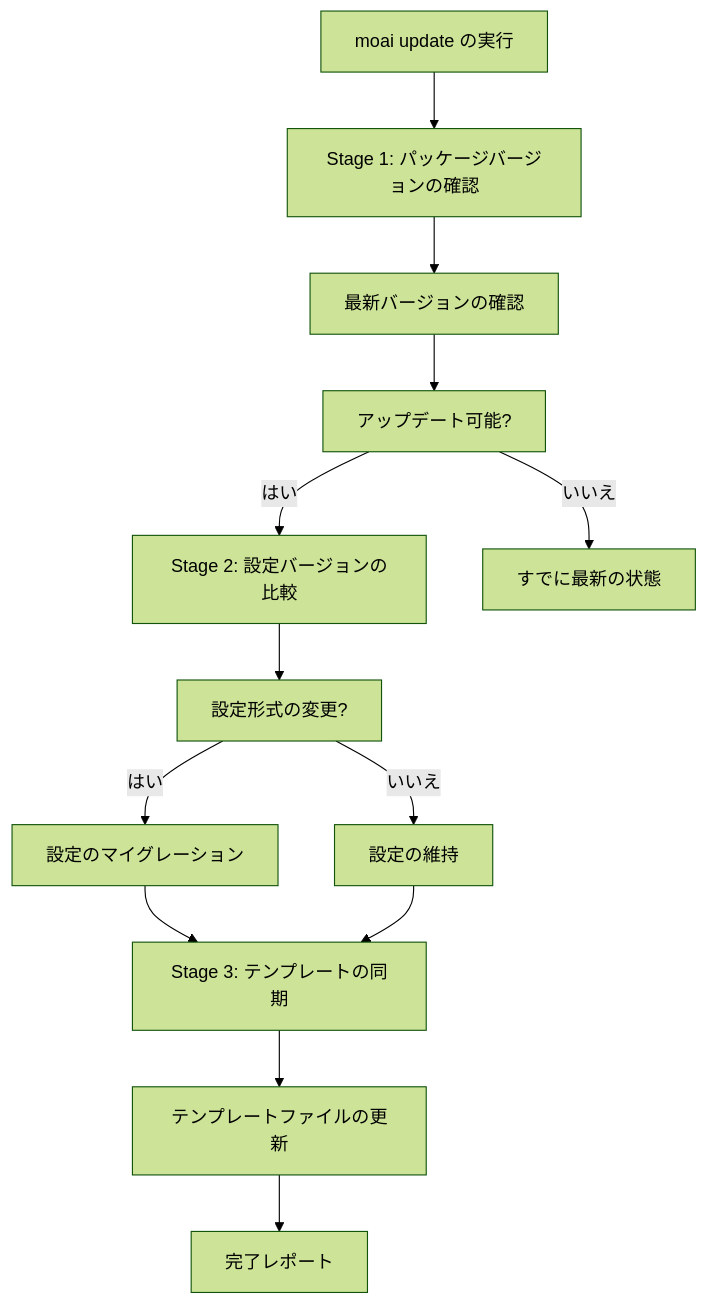
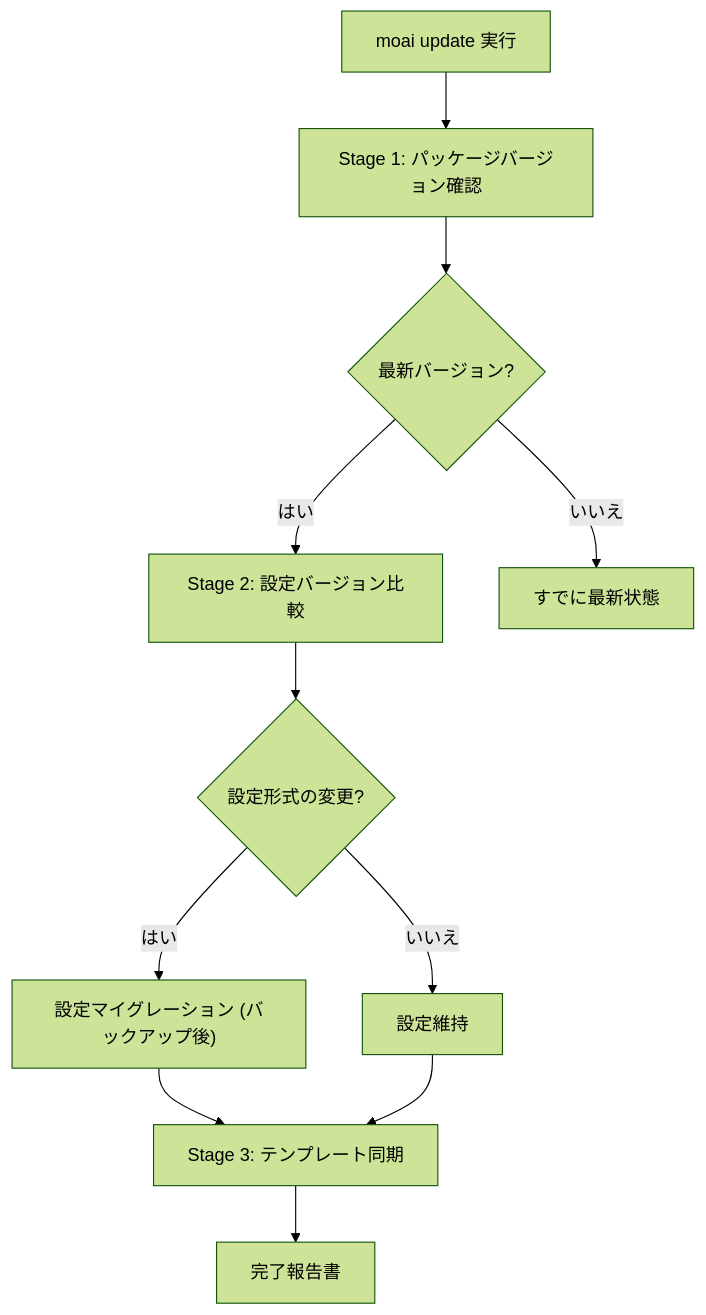
Before and after one commit to modu-ai/moai-adk: the first of 2 diagrams in docs-site/content/ja/getting-started/update.md, drawn with Mermaid (forest theme). The commit also changed other lines of this file and 180 other files, not shown here.

````diff
--- a/docs-site/content/ja/getting-started/update.md
+++ b/docs-site/content/ja/getting-started/update.md
@@ -21,19 +19,13 @@
 ```mermaid
 flowchart TD
-    A[moai update の実行] --> B[Stage 1: パッケージバージョンの確認]
-    B --> C[最新バージョンの確認]
-    C --> D[アップデート可能?]
-
-    D -->|はい| E[Stage 2: 設定バージョンの比較]
-    D -->|いいえ| F[すでに最新の状態]
-
-    E --> G[設定形式の変更?]
-    G -->|はい| H[設定のマイグレーション]
-    G -->|いいえ| I[設定の維持]
-
-    H --> J[Stage 3: テンプレートの同期]
-    I --> J
-
-    J --> K[テンプレートファイルの更新]
-    K --> L[完了レポート]
+    A["moai update 実行"] --> B["Stage 1: パッケージバージョン確認"]
+    B --> C{"最新バージョン?"}
+    C -->|"はい"| D["Stage 2: 設定バージョン比較"]
+    C -->|"いいえ"| E["すでに最新状態"]
+    D --> F{"設定形式の変更?"}
+    F -->|"はい"| G["設定マイグレーション (バックアップ後)"]
+    F -->|"いいえ"| H["設定維持"]
+    G --> I["Stage 3: テンプレート同期"]
+    H --> I
+    I --> J["完了報告書"]
 ```
````
